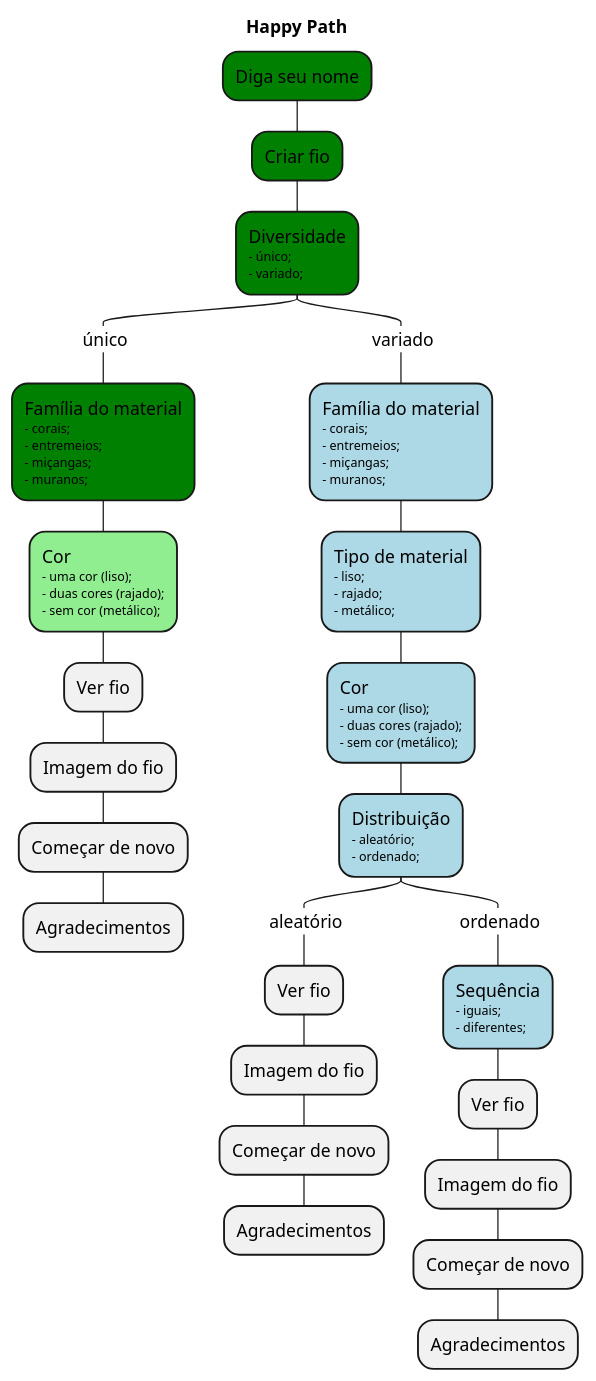
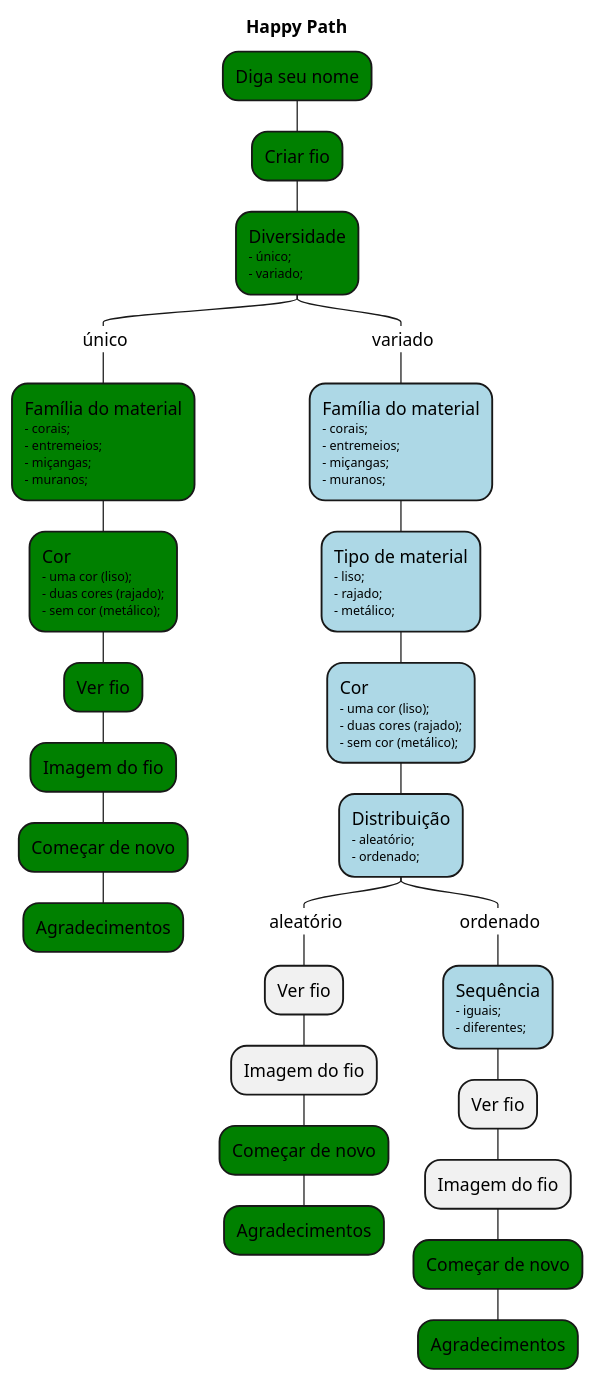
One commit to TecnoSigma/vo-maria changed the diagram in __docs__/happy_path.puml. Above: the diagram before and after it, drawn with PlantUML. The commit also changed 3 other files, not shown here.

```diff
--- a/__docs__/happy_path.puml
+++ b/__docs__/happy_path.puml
@@ -1,35 +1,35 @@
 @startmindmap
 title Happy Path
 
 top to bottom direction
 
 *[#green] Diga seu nome
 **[#green] Criar fio
 
 ***[#green] Diversidade\n<size: 10>- único;\n<size: 10>- variado;
 ****_ único
 *****[#green] Família do material\n<size: 10>- corais;\n<size: 10>- entremeios;\n<size: 10>- miçangas;\n<size: 10>- muranos;
-******[#lightgreen] Cor\n<size: 10>- uma cor (liso);\n<size: 10>- duas cores (rajado);\n<size: 10>- sem cor (metálico);
-******* Ver fio
-******** Imagem do fio
-********* Começar de novo
-********** Agradecimentos
+******[#green] Cor\n<size: 10>- uma cor (liso);\n<size: 10>- duas cores (rajado);\n<size: 10>- sem cor (metálico);
+*******[#green] Ver fio
+********[#green] Imagem do fio
+*********[#green] Começar de novo
+**********[#green] Agradecimentos
 
 ****_ variado
 *****[#lightblue] Família do material\n<size: 10>- corais;\n<size: 10>- entremeios;\n<size: 10>- miçangas;\n<size: 10>- muranos;
 ******[#lightblue] Tipo de material\n<size: 10>- liso;\n<size: 10>- rajado;\n<size: 10>- metálico;
 *******[#lightblue] Cor\n<size: 10>- uma cor (liso);\n<size: 10>- duas cores (rajado);\n<size: 10>- sem cor (metálico);
 
 ********[#lightblue] Distribuição\n<size: 10>- aleatório;\n<size: 10>- ordenado;
 *********_ aleatório
 ********** Ver fio
 *********** Imagem do fio
-************ Começar de novo
-************* Agradecimentos
+************[#green] Começar de novo
+*************[#green] Agradecimentos
 *********_ ordenado
 **********[#lightblue] Sequência\n<size: 10>- iguais;\n<size: 10>- diferentes;
 *********** Ver fio
 ************ Imagem do fio
-************* Começar de novo
-************** Agradecimentos
+*************[#green] Começar de novo
+**************[#green] Agradecimentos
 @endmindmap
```
